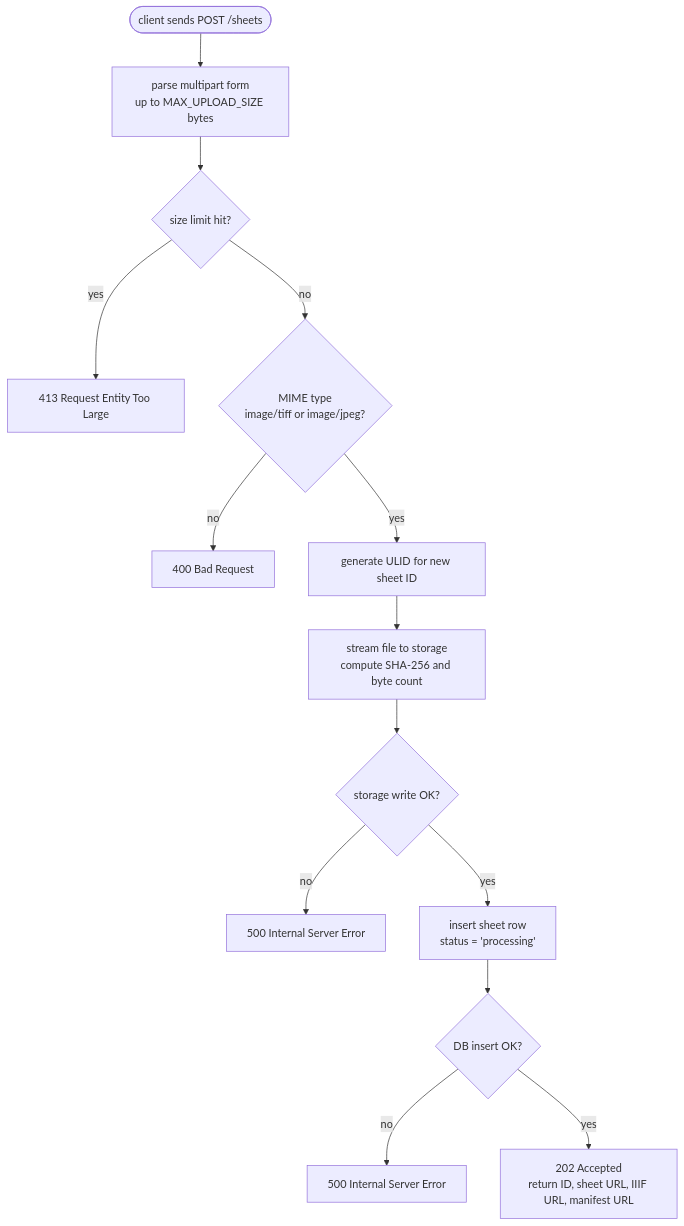
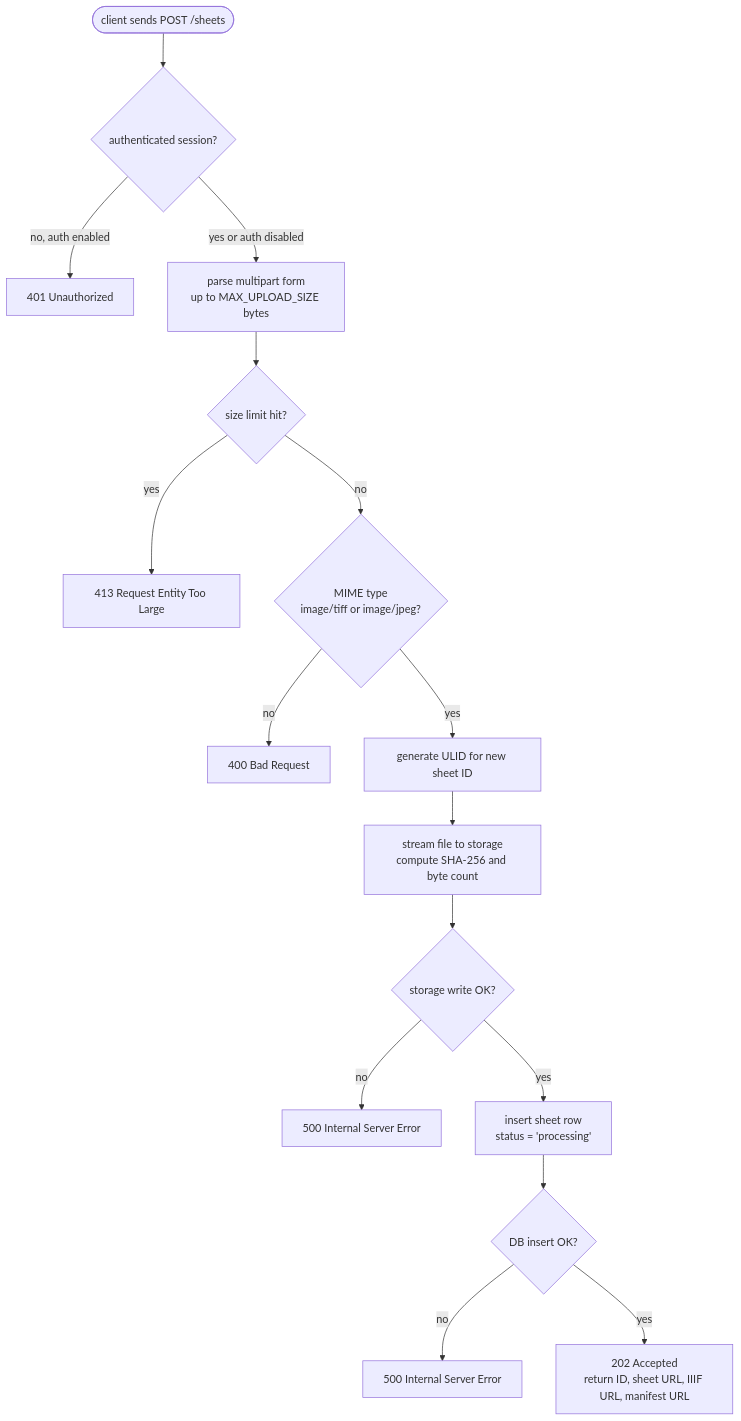
Before and after one commit to line-age/georef: the second of 6 diagrams in docs/flows.md, drawn with Mermaid. The commit also changed other lines of this file and 4 other files, not shown here.

First line of the commit message:
docs: update auth, flows, model, image-service, and OpenAPI docs

````diff
--- a/docs/flows.md
+++ b/docs/flows.md
@@ -12,16 +55,18 @@
 ```mermaid
 flowchart TD
-    A([client sends POST /sheets]) --> B[parse multipart form\nup to MAX_UPLOAD_SIZE bytes]
+    A([client sends POST /sheets]) --> AA{authenticated session?}
+    AA -->|no, auth enabled| AB[401 Unauthorized]
+    AA -->|yes or auth disabled| B[parse multipart form\nup to MAX_UPLOAD_SIZE bytes]
     B --> C{size limit hit?}
     C -->|yes| D[413 Request Entity Too Large]
     C -->|no| E{MIME type\nimage/tiff or image/jpeg?}
     E -->|no| F[400 Bad Request]
     E -->|yes| G[generate ULID for new sheet ID]
     G --> H[stream file to storage\ncompute SHA-256 and byte count]
     H --> I{storage write OK?}
     I -->|no| J[500 Internal Server Error]
     I -->|yes| K[insert sheet row\nstatus = 'processing']
     K --> L{DB insert OK?}
     L -->|no| M[500 Internal Server Error]
     L -->|yes| N[202 Accepted\nreturn ID, sheet URL, IIIF URL, manifest URL]
 ```
````
